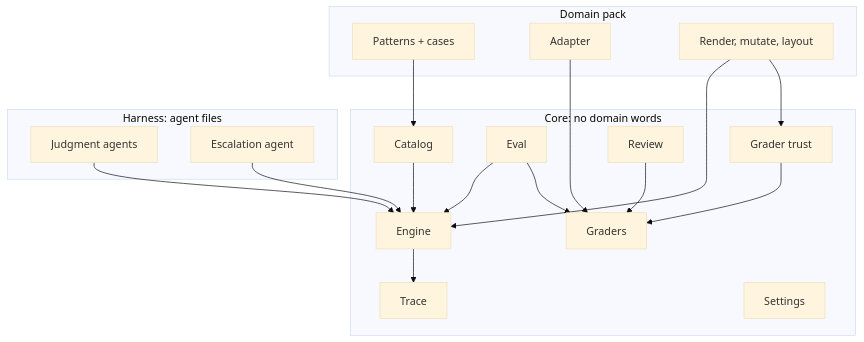
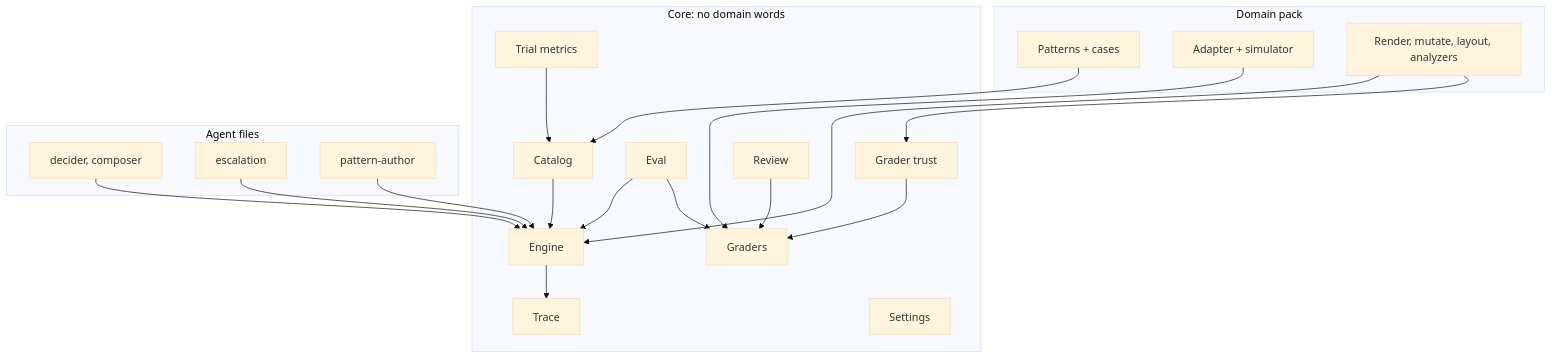
The first of 4 diagrams in pattern-engine/docs/design/architecture.md (MgCohen/playground), drawn with Mermaid (base theme) before and after one commit. The commit also changed other lines of this file and 114 other files, not shown here.

````diff
--- a/pattern-engine/docs/design/architecture.md
+++ b/pattern-engine/docs/design/architecture.md
@@ -9,27 +11,30 @@
 ```mermaid
 flowchart TB
     subgraph Core[Core: no domain words]
         CAT[Catalog] --> ENG[Engine]
         ENG --> TRC[Trace]
         EVAL[Eval] --> ENG
         EVAL --> GRD[Graders]
         TRUST[Grader trust] --> GRD
         REV[Review] --> GRD
+        MET[Trial metrics] --> CAT
         CFG[Settings]
     end
     subgraph Pack[Domain pack]
         PAT[Patterns + cases]
-        ADP[Adapter]
-        HOOK[Render, mutate, layout]
+        ADP[Adapter + simulator]
+        HOOK[Render, mutate, layout, analyzers]
     end
-    subgraph Harness[Harness: agent files]
-        JUDGE[Judgment agents]
-        ESC[Escalation agent]
+    subgraph Agents[Agent files]
+        JUDGE[decider, composer]
+        ESC[escalation]
+        AUTH[pattern-author]
     end
     PAT --> CAT
     ADP --> GRD
     HOOK --> ENG
     HOOK --> TRUST
     JUDGE --> ENG
     ESC --> ENG
+    AUTH --> ENG
 ```
````
